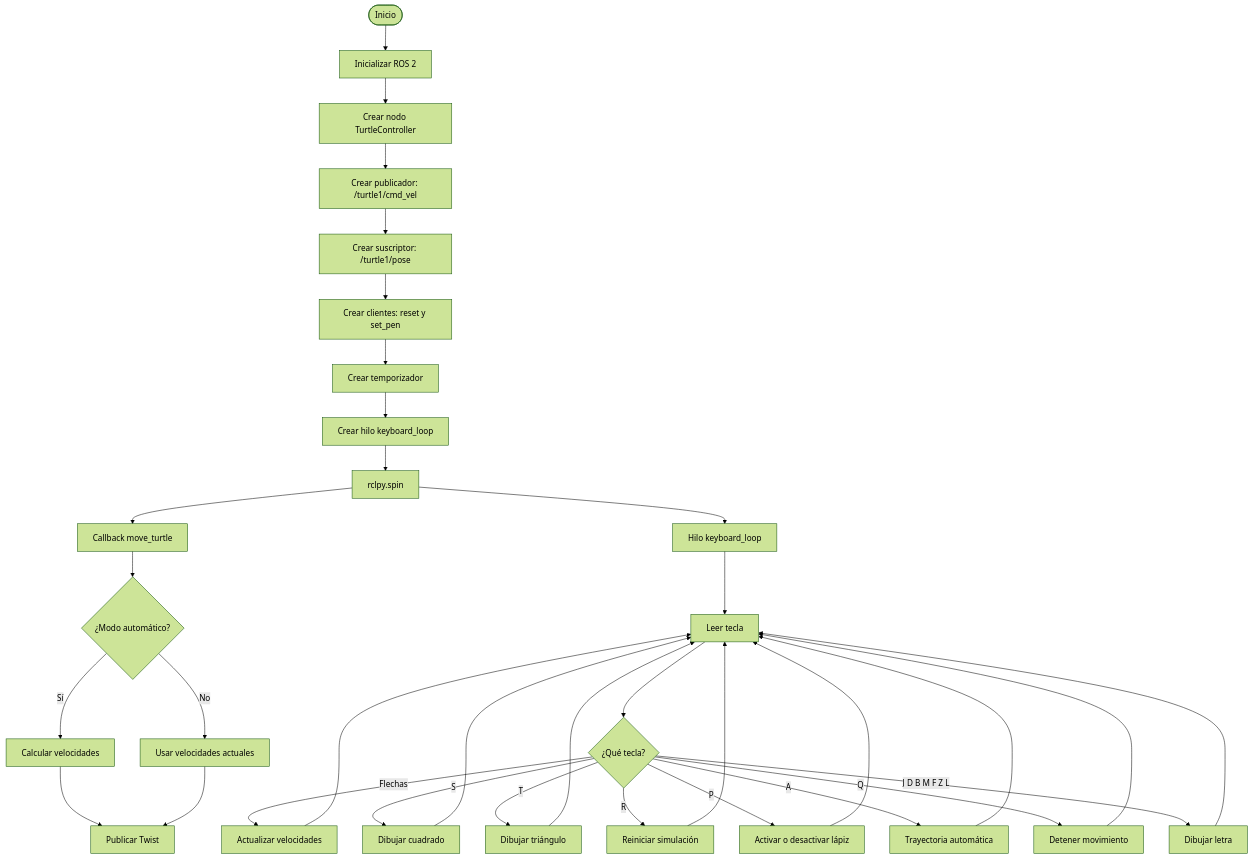
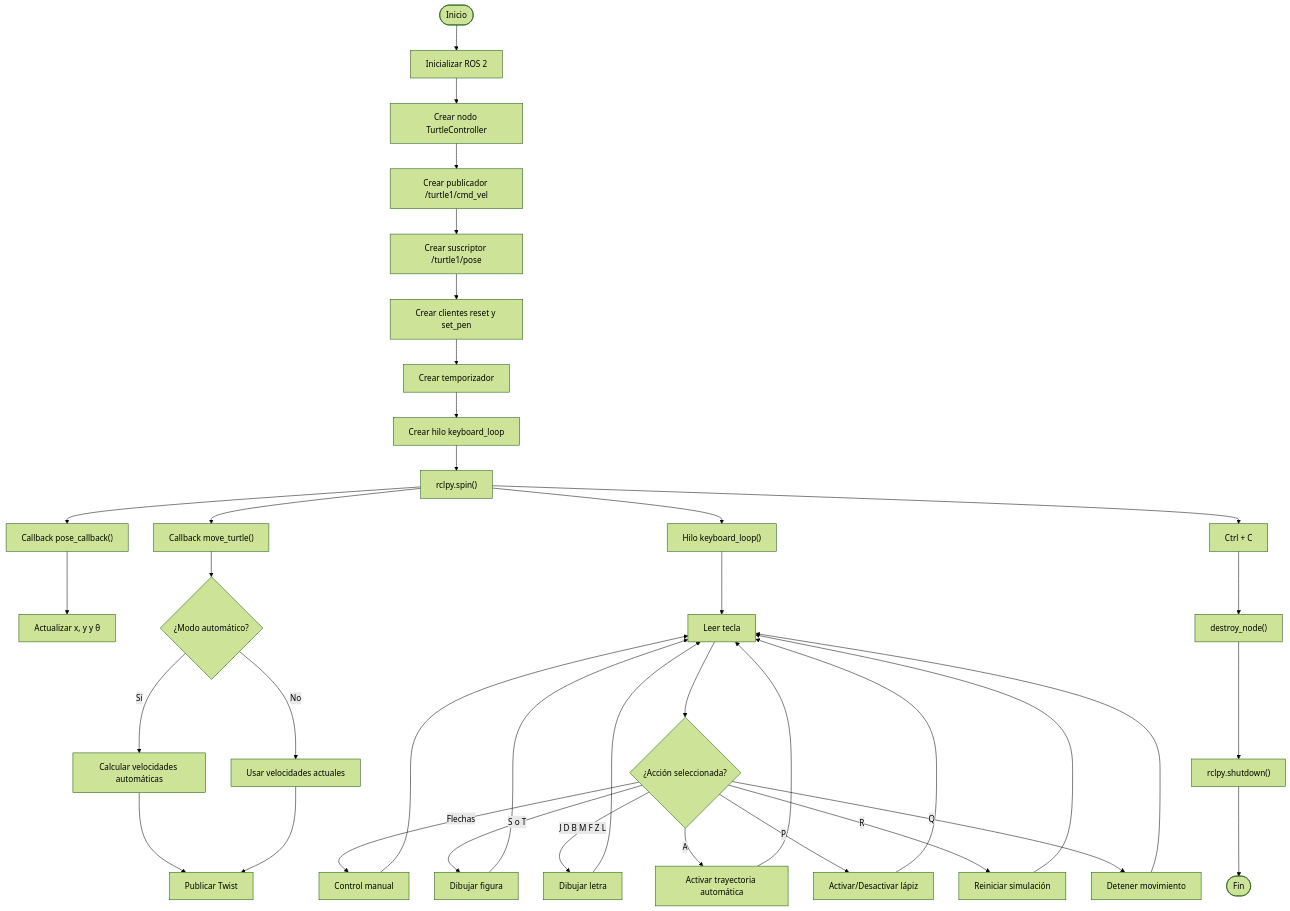
The diagram in Laboratorio No. 04 - Robótica de Desarrollo ROS Jazzy y Turtlesim/README.MD (labsir-un/Robotica-2026-I-Equipo-1B-Benitez-Salamanca), drawn with Mermaid (forest theme) before and after one commit.

````diff
--- a/Laboratorio No. 04 - Robótica de Desarrollo ROS Jazzy y Turtlesim/README.MD
+++ b/Laboratorio No. 04 - Robótica de Desarrollo ROS Jazzy y Turtlesim/README.MD
@@ -154,46 +155,53 @@
 ```mermaid
 flowchart TD
 
     A([Inicio]) --> B[Inicializar ROS 2]
     B --> C[Crear nodo TurtleController]
 
-    C --> D["Crear publicador: /turtle1/cmd_vel"]
-    D --> E["Crear suscriptor: /turtle1/pose"]
-    E --> F["Crear clientes: reset y set_pen"]
+    C --> D["Crear publicador /turtle1/cmd_vel"]
+    D --> E["Crear suscriptor /turtle1/pose"]
+    E --> F["Crear clientes reset y set_pen"]
     F --> G[Crear temporizador]
     G --> H[Crear hilo keyboard_loop]
-    H --> I["rclpy.spin"]
+    H --> I["rclpy.spin()"]
 
-    I --> J[Callback move_turtle]
-    I --> K[Hilo keyboard_loop]
+    I --> J["Callback move_turtle()"]
+    I --> K["Callback pose_callback()"]
+    I --> L["Hilo keyboard_loop()"]
 
-    J --> L{"¿Modo automático?"}
+    K --> M["Actualizar x, y y θ"]
 
-    L -->|Sí| M[Calcular velocidades]
-    L -->|No| N[Usar velocidades actuales]
+    J --> N{"¿Modo automático?"}
 
-    M --> O[Publicar Twist]
-    N --> O
+    N -->|Sí| O["Calcular velocidades automáticas"]
+    N -->|No| P["Usar velocidades actuales"]
 
-    K --> P[Leer tecla]
+    O --> Q["Publicar Twist"]
+    P --> Q
 
-    P --> Q{"¿Qué tecla?"}
+    L --> R["Leer tecla"]
 
-    Q -->|Flechas| R[Actualizar velocidades]
-    Q -->|S| S1[Dibujar cuadrado]
-    Q -->|T| S2[Dibujar triángulo]
-    Q -->|R| S3[Reiniciar simulación]
-    Q -->|P| S4[Activar o desactivar lápiz]
-    Q -->|A| S5[Trayectoria automática]
-    Q -->|Q| S6[Detener movimiento]
-    Q -->|J D B M F Z L| S7[Dibujar letra]
+    R --> S{"¿Acción seleccionada?"}
 
-    R --> P
-    S1 --> P
-    S2 --> P
-    S3 --> P
-    S4 --> P
-    S5 --> P
-    S6 --> P
-    S7 --> P
+    S -->|Flechas| T["Control manual"]
+    S -->|S o T| U["Dibujar figura"]
+    S -->|J D B M F Z L| V["Dibujar letra"]
+    S -->|A| W["Activar trayectoria automática"]
+    S -->|P| X["Activar/Desactivar lápiz"]
+    S -->|R| Y["Reiniciar simulación"]
+    S -->|Q| Z["Detener movimiento"]
+
+    T --> R
+    U --> R
+    V --> R
+    W --> R
+    X --> R
+    Y --> R
+    Z --> R
+
+    I --> AA["Ctrl + C"]
+
+    AA --> AB["destroy_node()"]
+    AB --> AC["rclpy.shutdown()"]
+    AC --> AD([Fin])
 ```
````
